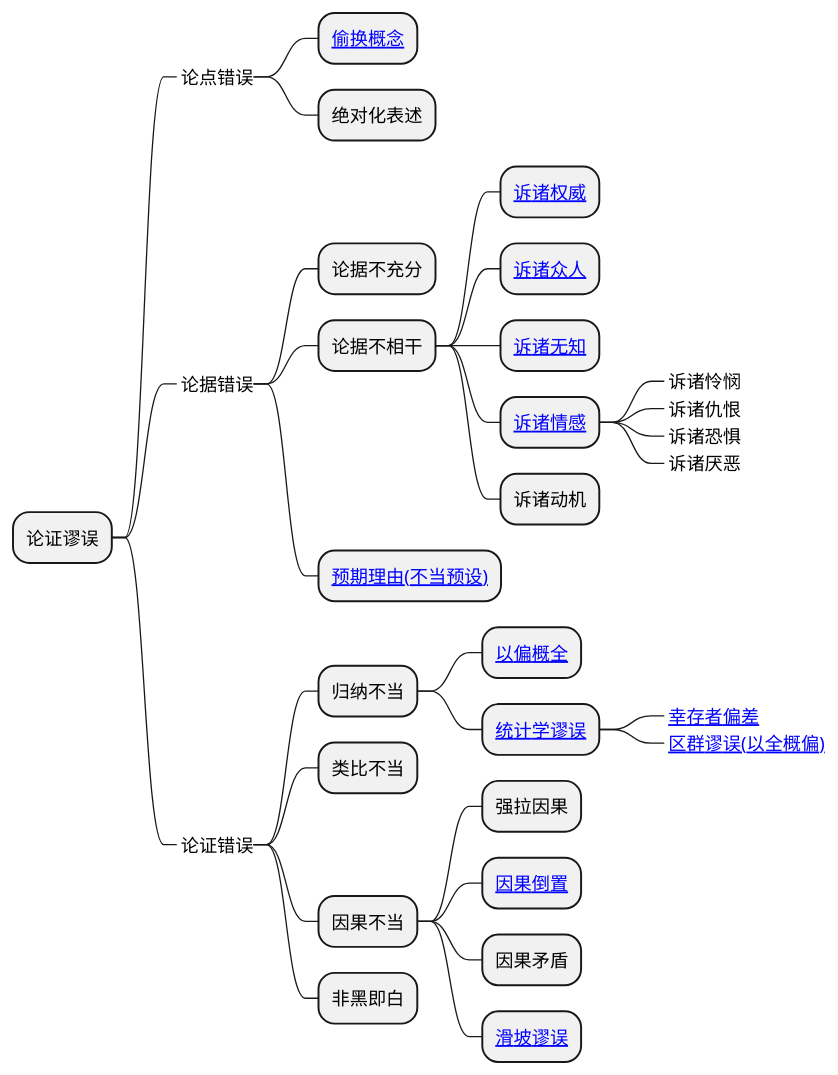
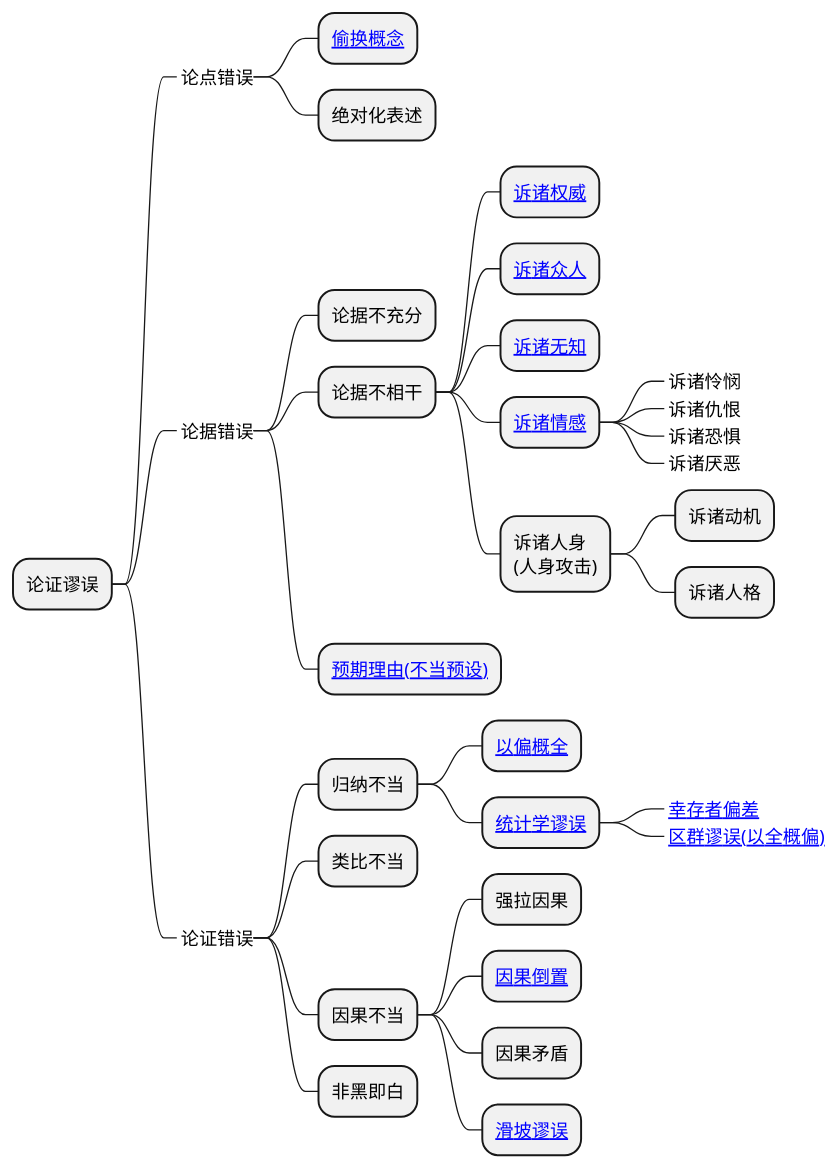
One commit to holmofy/blog.hufeifei.cn changed the fifth of 5 diagrams in source/_posts/logic/logic.md. Above: the diagram before and after it, drawn with PlantUML.

````diff
--- a/source/_posts/logic/logic.md
+++ b/source/_posts/logic/logic.md
@@ -156,34 +156,36 @@
 ```plantuml
 @startmindmap
 * 论证谬误
 **_ 论点错误
 *** [[https://baike.baidu.com/item/偷换概念/6714008 偷换概念]]
 *** 绝对化表述
 **_ 论据错误
 *** 论据不充分
 *** 论据不相干
 **** [[https://baike.baidu.com/item/诉诸权威 诉诸权威]]
 **** [[https://baike.baidu.com/item/诉诸大众 诉诸众人]]
 **** [[https://baike.baidu.com/item/诉诸无知 诉诸无知]]
 **** [[https://baike.baidu.com/item/诉诸情感 诉诸情感]]
 *****_ 诉诸怜悯
 *****_ 诉诸仇恨
 *****_ 诉诸恐惧
 *****_ 诉诸厌恶
-**** 诉诸动机
+**** 诉诸人身\n(人身攻击)
+***** 诉诸动机
+***** 诉诸人格
 *** [[https://baike.baidu.com/item/预期理由 预期理由(不当预设)]]
 **_ 论证错误
 *** 归纳不当
 **** [[https://baike.baidu.com/item/以偏概全 以偏概全]]
 **** [[https://baike.baidu.com/item/统计陷阱/3778566 统计学谬误]]
 *****_ [[https://baike.baidu.com/item/幸存者偏差/10313799 幸存者偏差]]
 *****_ [[https://baike.baidu.com/item/区群谬误 区群谬误(以全概偏)]]
 *** 类比不当
 *** 因果不当
 **** 强拉因果
 **** [[https://baike.baidu.com/item/因果倒置 因果倒置]]
 **** 因果矛盾
 **** [[https://baike.baidu.com/item/滑坡谬误 滑坡谬误]]
 *** 非黑即白
 @endmindmap
 ```
````
